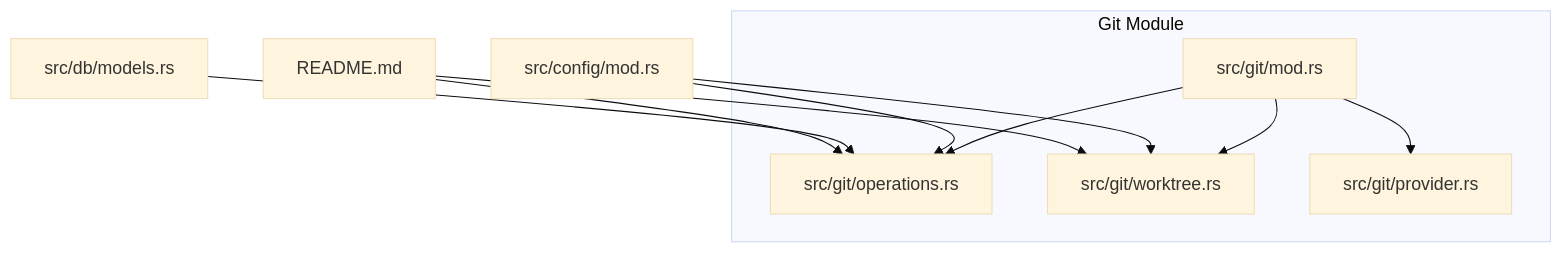
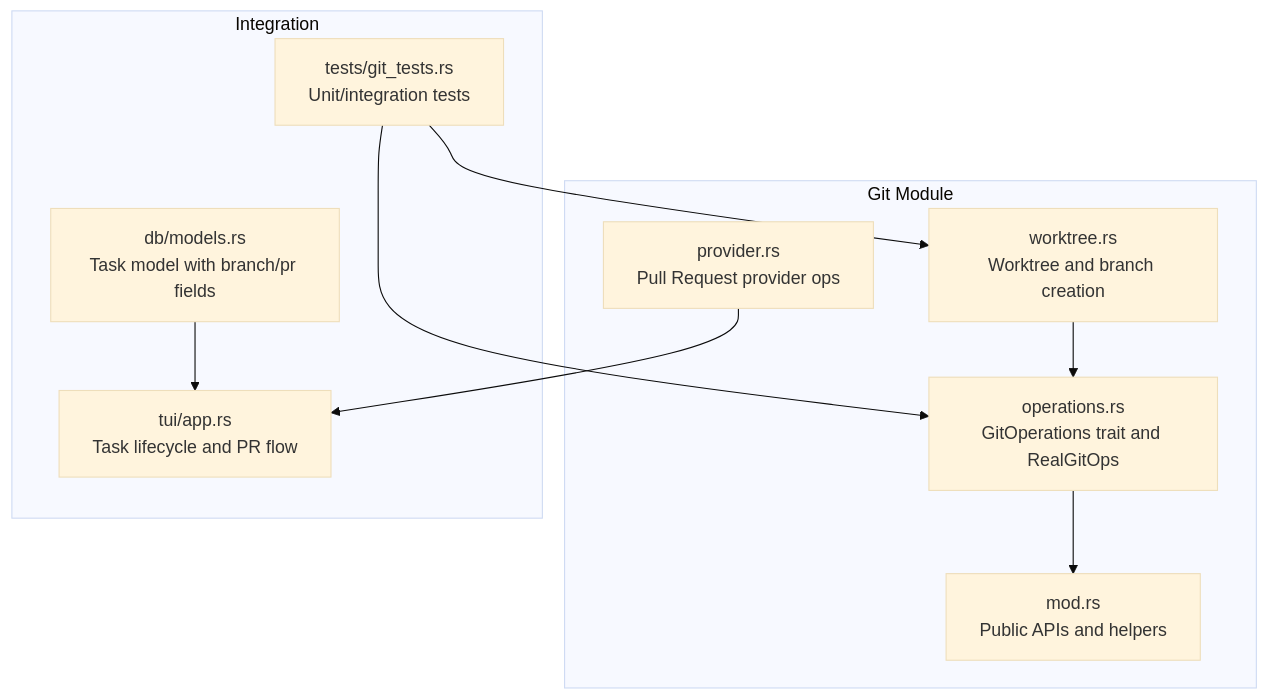
One commit to bramburn/agtx changed the first of 8 diagrams in .qoder/repowiki/en/content/Git Integration/Branch Operations.md. Above: the diagram before and after it, drawn with Mermaid (base theme). The commit also changed other lines of this file and 140 other files, not shown here.

````diff
--- a/.qoder/repowiki/en/content/Git Integration/Branch Operations.md
+++ b/.qoder/repowiki/en/content/Git Integration/Branch Operations.md
@@ -33,20 +31,20 @@
 ```mermaid
 graph TB
 subgraph "Git Module"
-MOD["src/git/mod.rs"]
-OPS["src/git/operations.rs"]
-WT["src/git/worktree.rs"]
-GH["src/git/provider.rs"]
+WT["worktree.rs<br/>Worktree and branch creation"]
+OPS["operations.rs<br/>GitOperations trait and RealGitOps"]
+MOD["mod.rs<br/>Public APIs and helpers"]
+GH["provider.rs<br/>Pull Request provider ops"]
 end
-CFG["src/config/mod.rs"]
-DB["src/db/models.rs"]
-README["README.md"]
-MOD --> OPS
-MOD --> WT
-MOD --> GH
-CFG --> WT
-CFG --> OPS
-DB --> OPS
-README --> WT
-README --> OPS
+subgraph "Integration"
+APP["tui/app.rs<br/>Task lifecycle and PR flow"]
+DB["db/models.rs<br/>Task model with branch/pr fields"]
+TESTS["tests/git_tests.rs<br/>Unit/integration tests"]
+end
+WT --> OPS
+OPS --> MOD
+GH --> APP
+DB --> APP
+TESTS --> WT
+TESTS --> OPS
 ```
````
